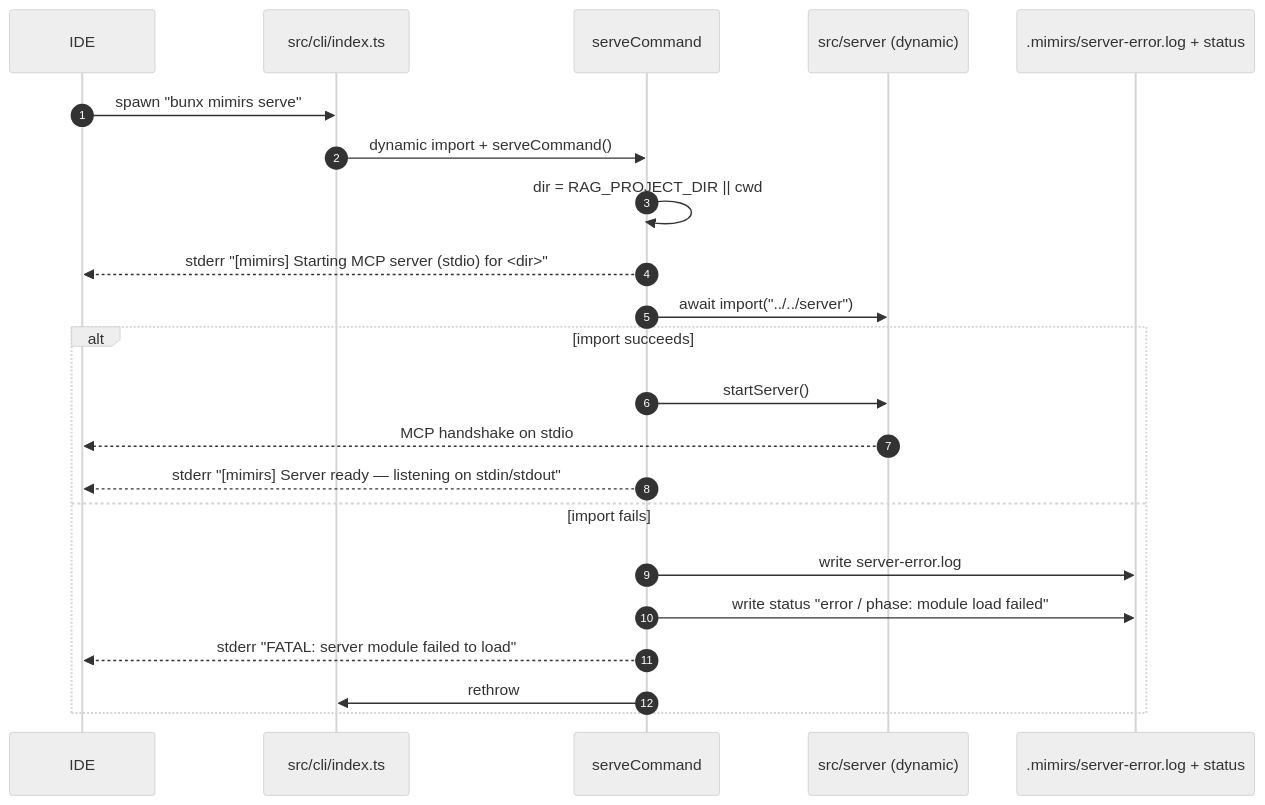
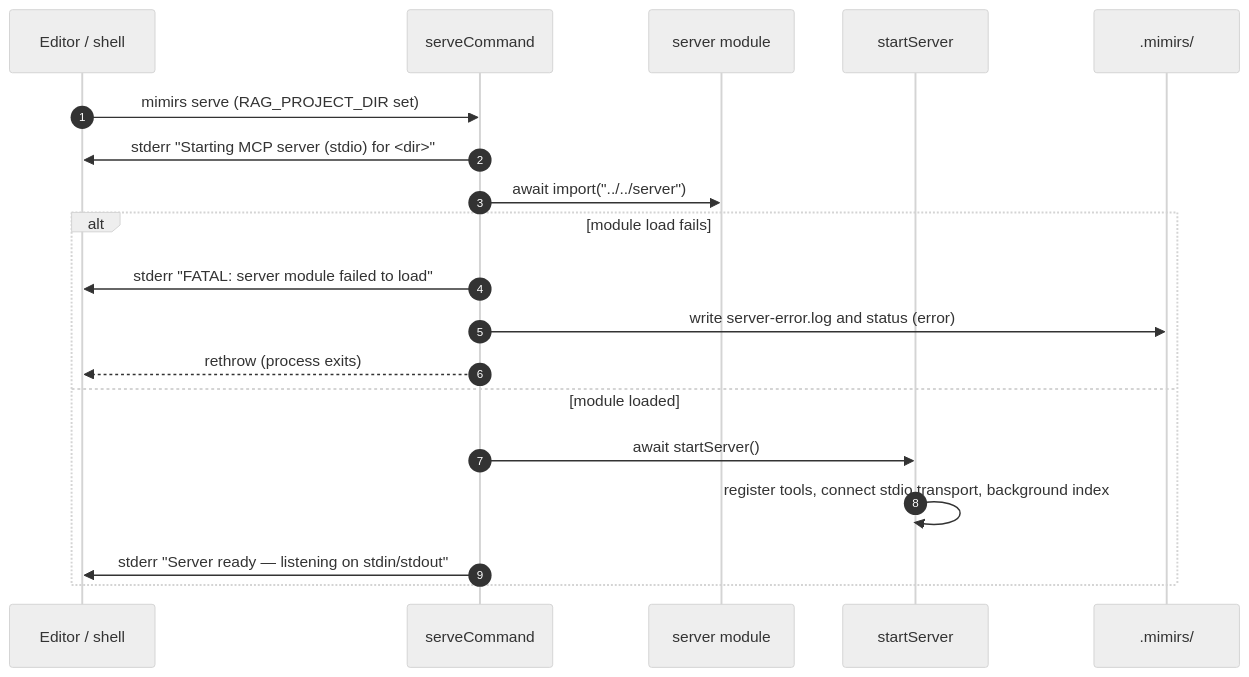
Before and after one commit to TheWinci/mimirs: the diagram in wiki/cli/serve.md, drawn with Mermaid (neutral theme). The commit also changed other lines of this file and 52 other files, not shown here.

````diff
--- a/wiki/cli/serve.md
+++ b/wiki/cli/serve.md
@@ -9,25 +26,22 @@
 ```mermaid
 sequenceDiagram
     autonumber
-    participant IDE
-    participant Cli as src/cli/index.ts
+    participant Editor as Editor / shell
     participant Cmd as serveCommand
-    participant ServerMod as src/server (dynamic)
-    participant FS as .mimirs/server-error.log + status
+    participant Mod as server module
+    participant Start as startServer
+    participant FS as .mimirs/
 
-    IDE->>Cli: spawn "bunx mimirs serve"
-    Cli->>Cmd: dynamic import + serveCommand()
-    Cmd->>Cmd: dir = RAG_PROJECT_DIR || cwd
-    Cmd-->>IDE: stderr "[mimirs] Starting MCP server (stdio) for <dir>"
-    Cmd->>ServerMod: await import("../../server")
-    alt import succeeds
-        Cmd->>ServerMod: startServer()
-        ServerMod-->>IDE: MCP handshake on stdio
-        Cmd-->>IDE: stderr "[mimirs] Server ready — listening on stdin/stdout"
-    else import fails
-        Cmd->>FS: write server-error.log
-        Cmd->>FS: write status "error / phase: module load failed"
-        Cmd-->>IDE: stderr "FATAL: server module failed to load"
-        Cmd->>Cli: rethrow
+    Editor->>Cmd: mimirs serve (RAG_PROJECT_DIR set)
+    Cmd->>Editor: stderr "Starting MCP server (stdio) for <dir>"
+    Cmd->>Mod: await import("../../server")
+    alt module load fails
+        Cmd->>Editor: stderr "FATAL: server module failed to load"
+        Cmd->>FS: write server-error.log and status (error)
+        Cmd-->>Editor: rethrow (process exits)
+    else module loaded
+        Cmd->>Start: await startServer()
+        Start->>Start: register tools, connect stdio transport, background index
+        Cmd->>Editor: stderr "Server ready — listening on stdin/stdout"
     end
 ```
````
